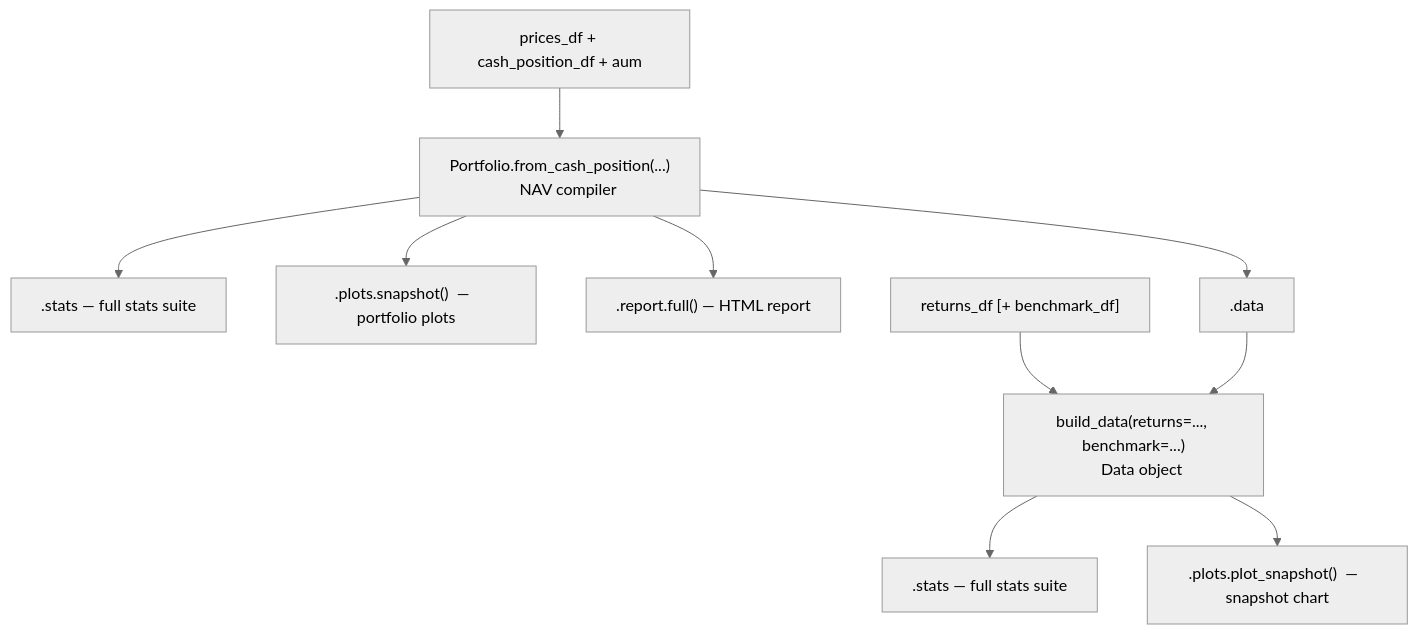
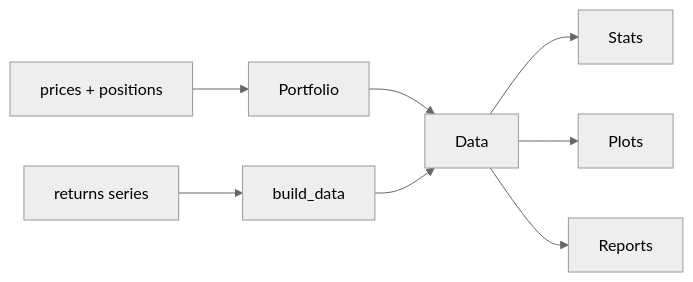
One commit to tschm/jquantstats changed the diagram in README.md. Above: the diagram before and after it, drawn with Mermaid (neutral theme).

Commit message:
docs: replace verbose TD architecture diagram with concise LR flowchart from issue
Agent-Logs-Url: https://github.com/tschm/jquantstats/sessions/f0cea3d0-8b95-49e1-bd60-eba4ac712181

````diff
--- a/README.md
+++ b/README.md
@@ -203,16 +203,9 @@
 ```mermaid
-flowchart TD
-    A["prices_df + cash_position_df + aum"] --> B["Portfolio.from_cash_position(...)
-    NAV compiler"]
-    B --> C[".stats  —  full stats suite"]
-    B --> D[".plots.snapshot()  —  portfolio plots"]
-    B --> E[".report.full()  —  HTML report"]
-    B --> F[".data"]
-
-    G["returns_df [+ benchmark_df]"] --> H["build_data(returns=..., benchmark=...)
-    Data object"]
-    H --> I[".stats  —  full stats suite"]
-    H --> J[".plots.plot_snapshot()  —  snapshot chart"]
-
-    F --> H
+flowchart LR
+    A["prices + positions"] --> B[Portfolio]
+    C["returns series"] --> D[build_data]
+    B & D --> E[Data]
+    E --> F[Stats]
+    E --> G[Plots]
+    E --> H[Reports]
 ```
````
